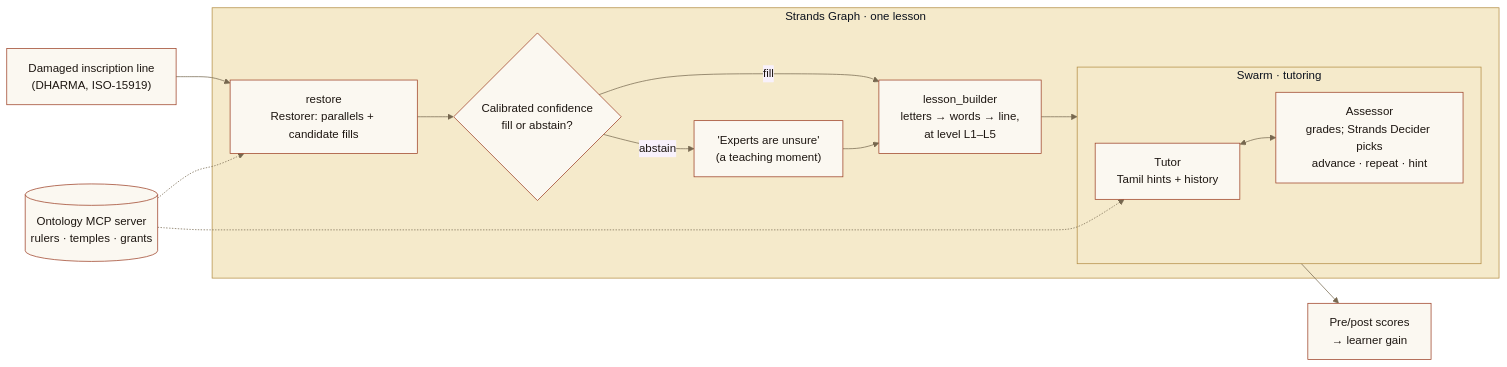
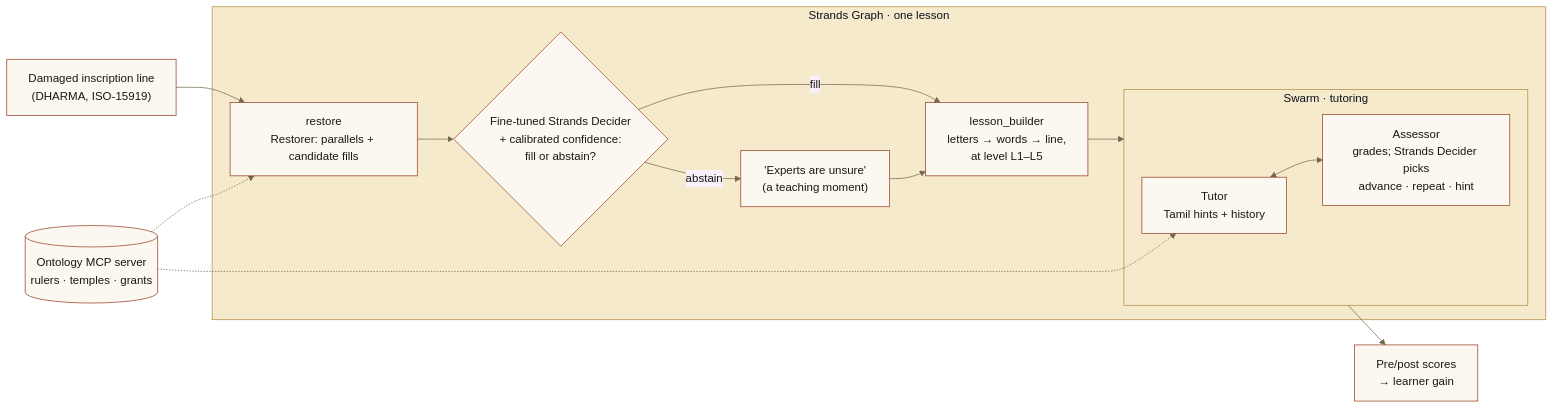
One commit to Vivek0712/ezhuthu changed the diagram in README.md. Above: the diagram before and after it, drawn with Mermaid. The commit also changed other lines of this file and 62 other files, not shown here.

First line of the commit message:
docs: the live app now ranks restorations with the fine-tuned decider

````diff
--- a/README.md
+++ b/README.md
@@ -177,16 +187,16 @@
 ```mermaid
 %%{init: {'theme': 'base', 'themeVariables': {'primaryColor': '#FBF8F1', 'primaryBorderColor': '#9B3D22', 'primaryTextColor': '#1D1611', 'lineColor': '#76674F', 'clusterBkg': '#F5EACB', 'clusterBorder': '#B28C42', 'tertiaryColor': '#F4EEE2'}}}%%
 flowchart LR
   A["Damaged inscription line<br/>(DHARMA, ISO-15919)"] --> R
   subgraph G["Strands Graph · one lesson"]
-    R["restore<br/>Restorer: parallels + candidate fills"] --> D{"Calibrated confidence<br/>fill or abstain?"}
+    R["restore<br/>Restorer: parallels + candidate fills"] --> D{"Fine-tuned Strands Decider<br/>+ calibrated confidence:<br/>fill or abstain?"}
     D -- fill --> L["lesson_builder<br/>letters → words → line,<br/>at level L1–L5"]
     D -- abstain --> U["'Experts are unsure'<br/>(a teaching moment)"] --> L
     L --> S
     subgraph S["Swarm · tutoring"]
       T["Tutor<br/>Tamil hints + history"] <--> X["Assessor<br/>grades; Strands Decider picks<br/>advance · repeat · hint"]
     end
   end
   S --> P["Pre/post scores<br/>→ learner gain"]
   O[("Ontology MCP server<br/>rulers · temples · grants")] -.-> R & T
 ```
````
